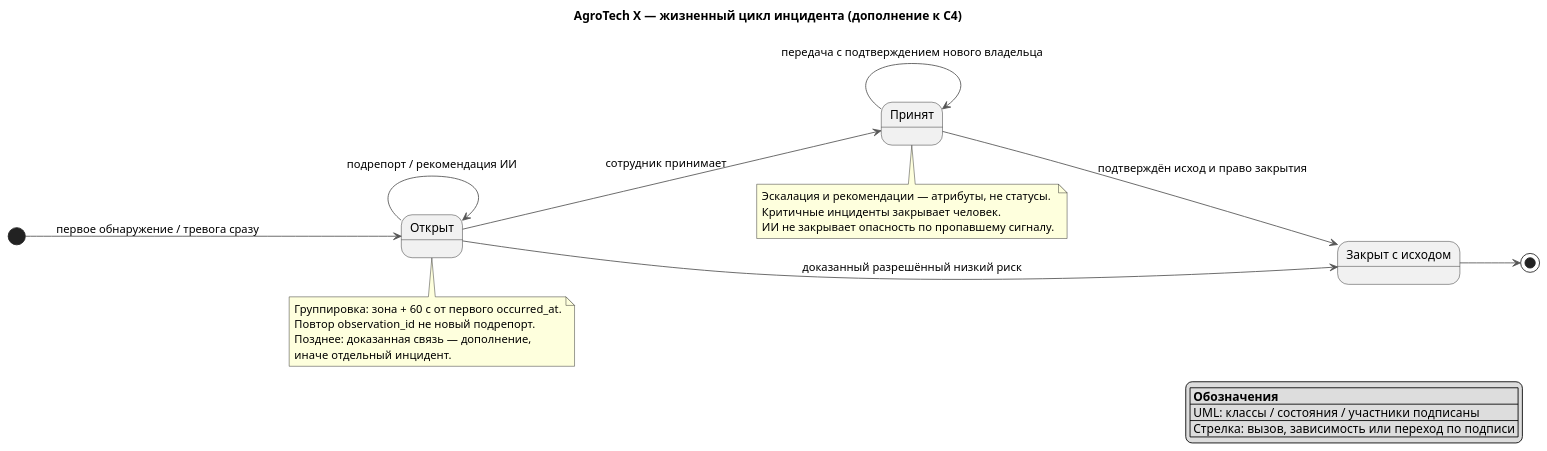
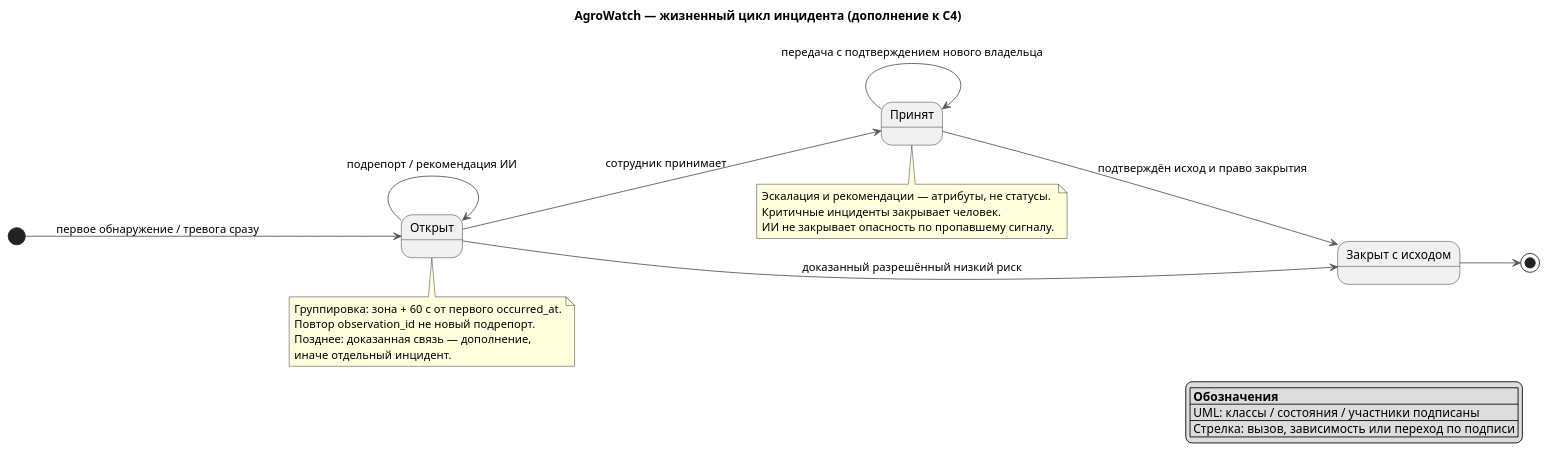
The diagram in Task3/diagrams/c4-incident.puml (rozhkovsvyat/MSA-AgroTech), drawn with PlantUML before and after one commit. The commit also changed 103 other files, not shown here.

Commit message:
Уточнить требования, название AgroWatch и раскрытие вклада ИИ

```diff
--- a/Task3/diagrams/c4-incident.puml
+++ b/Task3/diagrams/c4-incident.puml
@@ -1,41 +1,41 @@
 @startuml
 skinparam defaultFontName Arial
 skinparam dpi 110
 skinparam shadowing false
 skinparam classBackgroundColor #85BBF0
 skinparam classBorderColor #1168BD
 skinparam ArrowColor #555555
 skinparam nodesep 45
 skinparam ranksep 70
 hide empty members
-title AgroTech X — жизненный цикл инцидента (дополнение к C4)
+title AgroWatch — жизненный цикл инцидента (дополнение к C4)
 
 left to right direction
 state "Открыт" as Open
 state "Принят" as Accepted
 state "Закрыт с исходом" as Closed
 [*] --> Open : первое обнаружение / тревога сразу
 Open --> Open : подрепорт / рекомендация ИИ
 Open --> Accepted : сотрудник принимает
 Accepted --> Accepted : передача с подтверждением нового владельца
 Accepted --> Closed : подтверждён исход и право закрытия
 Open --> Closed : доказанный разрешённый низкий риск
 Closed --> [*]
 note bottom of Open
 Группировка: зона + 60 с от первого occurred_at.
 Повтор observation_id не новый подрепорт.
 Позднее: доказанная связь — дополнение,
 иначе отдельный инцидент.
 end note
 note bottom of Accepted
 Эскалация и рекомендации — атрибуты, не статусы.
 Критичные инциденты закрывает человек.
 ИИ не закрывает опасность по пропавшему сигналу.
 end note
 
 legend right
 |= Обозначения |
 | UML: классы / состояния / участники подписаны |
 | Стрелка: вызов, зависимость или переход по подписи |
 endlegend
 @enduml
```
